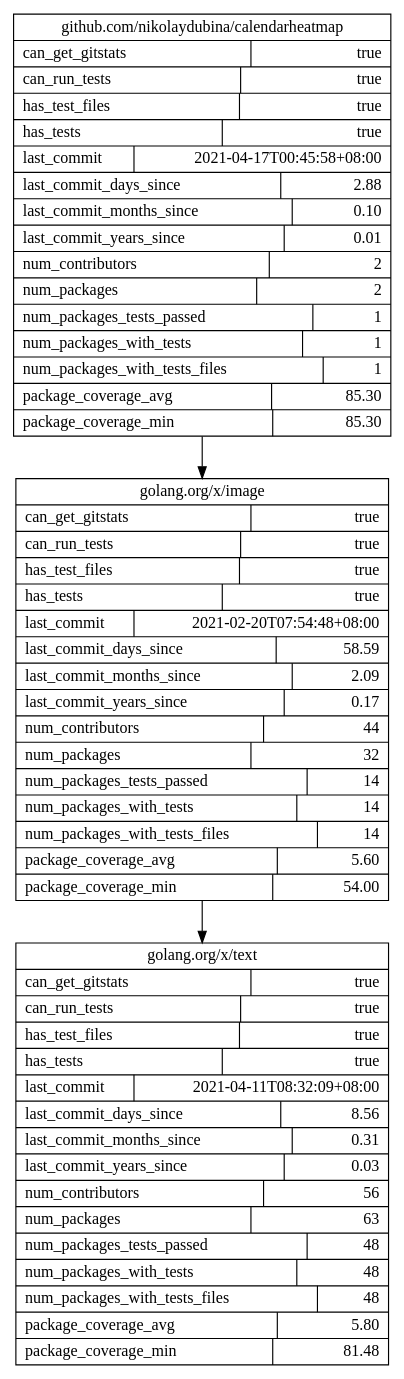
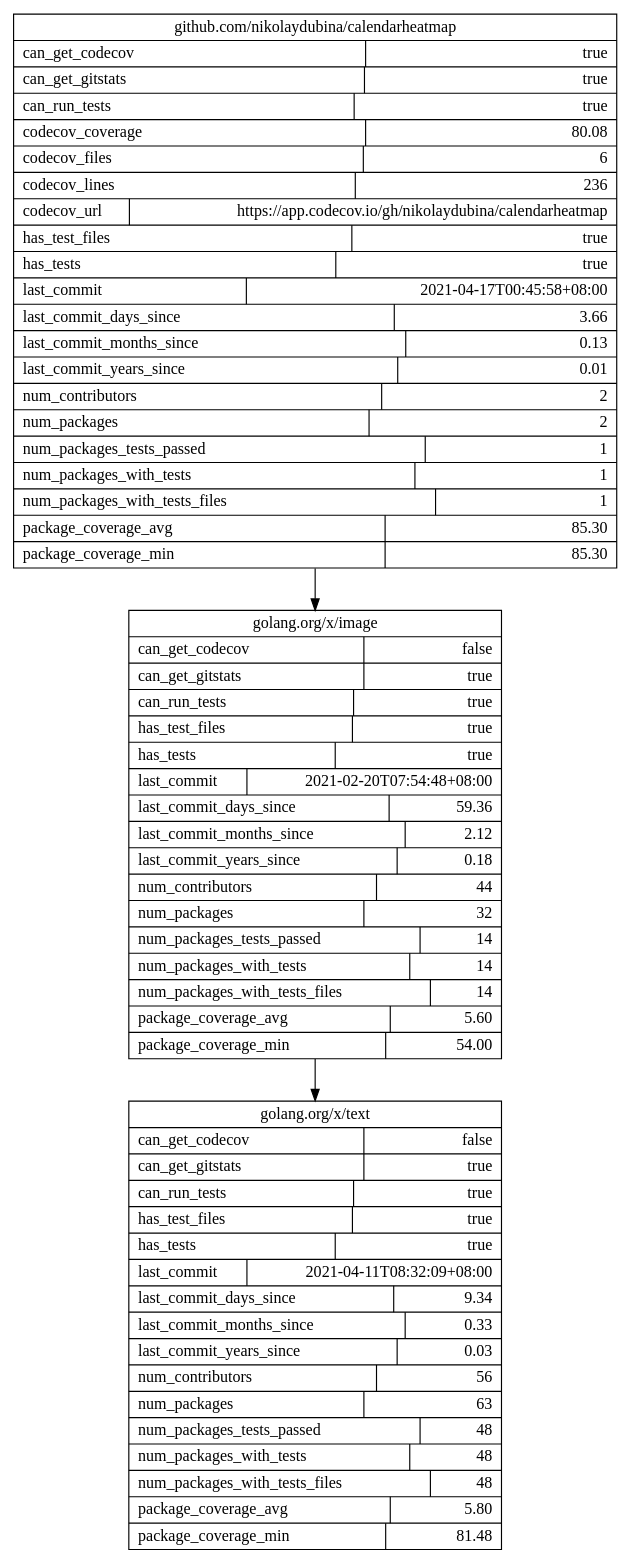
Before and after one commit to nikolaydubina/import-graph: the diagram in docs/calendarheatmap/output.dot, drawn with Graphviz. The commit also changed 8 other files, not shown here.

```diff
--- a/docs/calendarheatmap/output.dot
+++ b/docs/calendarheatmap/output.dot
@@ -1,14 +1,14 @@
 digraph G {
 	concentrate=True;
 	rankdir=TB;
 	node [shape=record];
 	
-	"github.com/nikolaydubina/calendarheatmap" [label="{ github.com/nikolaydubina/calendarheatmap | {can_get_gitstats\l | true\r} | {can_run_tests\l | true\r} | {has_test_files\l | true\r} | {has_tests\l | true\r} | {last_commit\l | 2021-04-17T00:45:58+08:00\r} | {last_commit_days_since\l | 2.88\r} | {last_commit_months_since\l | 0.10\r} | {last_commit_years_since\l | 0.01\r} | {num_contributors\l | 2\r} | {num_packages\l | 2\r} | {num_packages_tests_passed\l | 1\r} | {num_packages_with_tests\l | 1\r} | {num_packages_with_tests_files\l | 1\r} | {package_coverage_avg\l | 85.30\r} | {package_coverage_min\l | 85.30\r} }"];
-	"golang.org/x/image" [label="{ golang.org/x/image | {can_get_gitstats\l | true\r} | {can_run_tests\l | true\r} | {has_test_files\l | true\r} | {has_tests\l | true\r} | {last_commit\l | 2021-02-20T07:54:48+08:00\r} | {last_commit_days_since\l | 58.59\r} | {last_commit_months_since\l | 2.09\r} | {last_commit_years_since\l | 0.17\r} | {num_contributors\l | 44\r} | {num_packages\l | 32\r} | {num_packages_tests_passed\l | 14\r} | {num_packages_with_tests\l | 14\r} | {num_packages_with_tests_files\l | 14\r} | {package_coverage_avg\l | 5.60\r} | {package_coverage_min\l | 54.00\r} }"];
-	"golang.org/x/text" [label="{ golang.org/x/text | {can_get_gitstats\l | true\r} | {can_run_tests\l | true\r} | {has_test_files\l | true\r} | {has_tests\l | true\r} | {last_commit\l | 2021-04-11T08:32:09+08:00\r} | {last_commit_days_since\l | 8.56\r} | {last_commit_months_since\l | 0.31\r} | {last_commit_years_since\l | 0.03\r} | {num_contributors\l | 56\r} | {num_packages\l | 63\r} | {num_packages_tests_passed\l | 48\r} | {num_packages_with_tests\l | 48\r} | {num_packages_with_tests_files\l | 48\r} | {package_coverage_avg\l | 5.80\r} | {package_coverage_min\l | 81.48\r} }"];
+	"github.com/nikolaydubina/calendarheatmap" [label="{ github.com/nikolaydubina/calendarheatmap | {can_get_codecov\l | true\r} | {can_get_gitstats\l | true\r} | {can_run_tests\l | true\r} | {codecov_coverage\l | 80.08\r} | {codecov_files\l | 6\r} | {codecov_lines\l | 236\r} | {codecov_url\l | https://app.codecov.io/gh/nikolaydubina/calendarheatmap\r} | {has_test_files\l | true\r} | {has_tests\l | true\r} | {last_commit\l | 2021-04-17T00:45:58+08:00\r} | {last_commit_days_since\l | 3.66\r} | {last_commit_months_since\l | 0.13\r} | {last_commit_years_since\l | 0.01\r} | {num_contributors\l | 2\r} | {num_packages\l | 2\r} | {num_packages_tests_passed\l | 1\r} | {num_packages_with_tests\l | 1\r} | {num_packages_with_tests_files\l | 1\r} | {package_coverage_avg\l | 85.30\r} | {package_coverage_min\l | 85.30\r} }"];
+	"golang.org/x/image" [label="{ golang.org/x/image | {can_get_codecov\l | false\r} | {can_get_gitstats\l | true\r} | {can_run_tests\l | true\r} | {has_test_files\l | true\r} | {has_tests\l | true\r} | {last_commit\l | 2021-02-20T07:54:48+08:00\r} | {last_commit_days_since\l | 59.36\r} | {last_commit_months_since\l | 2.12\r} | {last_commit_years_since\l | 0.18\r} | {num_contributors\l | 44\r} | {num_packages\l | 32\r} | {num_packages_tests_passed\l | 14\r} | {num_packages_with_tests\l | 14\r} | {num_packages_with_tests_files\l | 14\r} | {package_coverage_avg\l | 5.60\r} | {package_coverage_min\l | 54.00\r} }"];
+	"golang.org/x/text" [label="{ golang.org/x/text | {can_get_codecov\l | false\r} | {can_get_gitstats\l | true\r} | {can_run_tests\l | true\r} | {has_test_files\l | true\r} | {has_tests\l | true\r} | {last_commit\l | 2021-04-11T08:32:09+08:00\r} | {last_commit_days_since\l | 9.34\r} | {last_commit_months_since\l | 0.33\r} | {last_commit_years_since\l | 0.03\r} | {num_contributors\l | 56\r} | {num_packages\l | 63\r} | {num_packages_tests_passed\l | 48\r} | {num_packages_with_tests\l | 48\r} | {num_packages_with_tests_files\l | 48\r} | {package_coverage_avg\l | 5.80\r} | {package_coverage_min\l | 81.48\r} }"];
 	
 
 	"github.com/nikolaydubina/calendarheatmap" -> "golang.org/x/image";
 	"golang.org/x/image" -> "golang.org/x/text";
 	
 }
```
